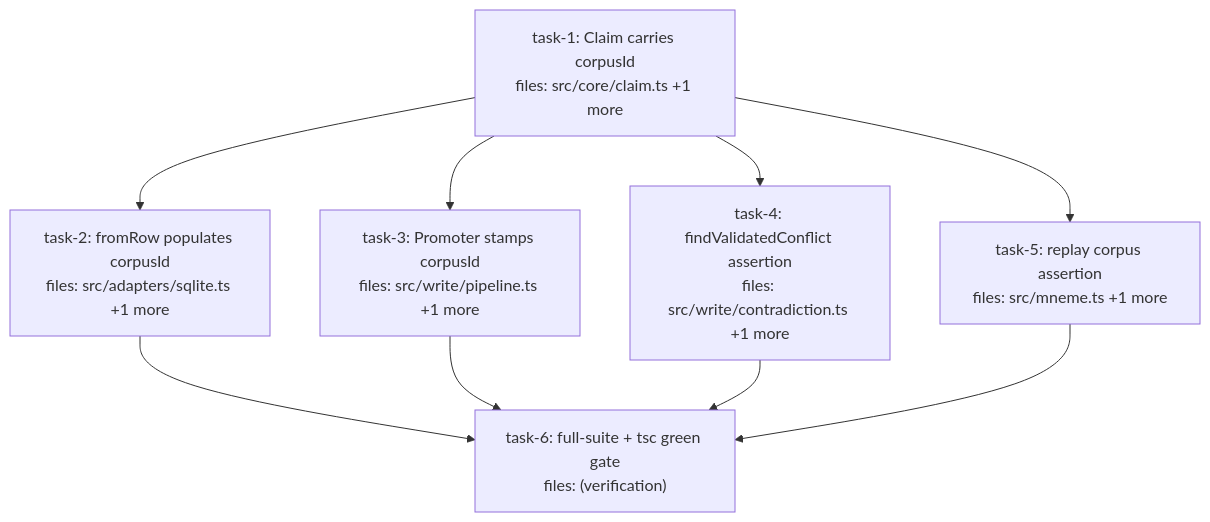
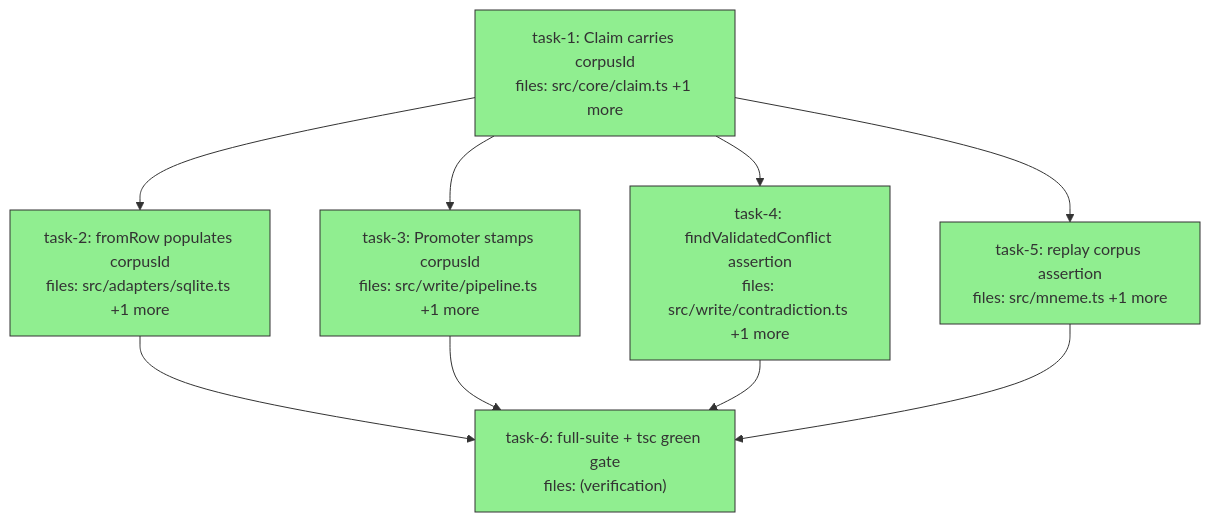
One commit to BrettNye/Mneme changed the diagram in docs/superpowers/plans/2026-05-31-claim-corpus-identity-dag.md. Above: the diagram before and after it, drawn with Mermaid. The commit also changed other lines of this file, not shown here.

Commit message:
chore(dag): mark claim-corpus-identity plan complete (6/6 done)

````diff
--- a/docs/superpowers/plans/2026-05-31-claim-corpus-identity-dag.md
+++ b/docs/superpowers/plans/2026-05-31-claim-corpus-identity-dag.md
@@ -6,24 +6,24 @@
 ```mermaid
 flowchart TD
-    task-1["task-1: Claim carries corpusId<br/>files: src/core/claim.ts +1 more"]
-    task-2["task-2: fromRow populates corpusId<br/>files: src/adapters/sqlite.ts +1 more"]
-    task-3["task-3: Promoter stamps corpusId<br/>files: src/write/pipeline.ts +1 more"]
-    task-4["task-4: findValidatedConflict assertion<br/>files: src/write/contradiction.ts +1 more"]
-    task-5["task-5: replay corpus assertion<br/>files: src/mneme.ts +1 more"]
-    task-6["task-6: full-suite + tsc green gate<br/>files: (verification)"]
+    task-1["task-1: Claim carries corpusId<br/>files: src/core/claim.ts +1 more"]:::done
+    task-2["task-2: fromRow populates corpusId<br/>files: src/adapters/sqlite.ts +1 more"]:::done
+    task-3["task-3: Promoter stamps corpusId<br/>files: src/write/pipeline.ts +1 more"]:::done
+    task-4["task-4: findValidatedConflict assertion<br/>files: src/write/contradiction.ts +1 more"]:::done
+    task-5["task-5: replay corpus assertion<br/>files: src/mneme.ts +1 more"]:::done
+    task-6["task-6: full-suite + tsc green gate<br/>files: (verification)"]:::done
 
     task-1 --> task-2
     task-1 --> task-3
     task-1 --> task-4
     task-1 --> task-5
     task-2 --> task-6
     task-3 --> task-6
     task-4 --> task-6
     task-5 --> task-6
 
     classDef done fill:#90ee90,stroke:#333
     classDef ready fill:#fffacd,stroke:#333
     classDef running fill:#87ceeb,stroke:#333
     classDef failed fill:#ffb6c1,stroke:#333
     classDef skipped fill:#d3d3d3,stroke:#333,stroke-dasharray: 5 5
 ```
````
